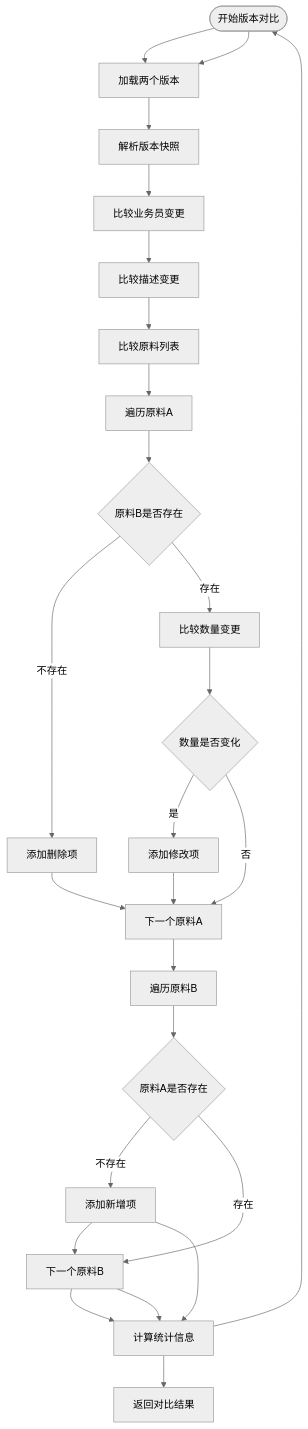
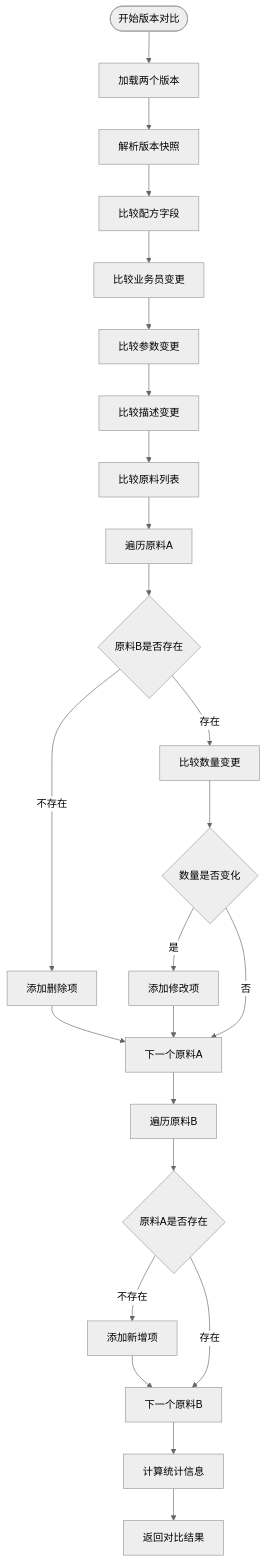
One commit to xpretycn/TingStudio changed the eighth of 18 diagrams in .qoder/repowiki/zh/content/核心功能模块/版本控制系统/版本控制系统.md. Above: the diagram before and after it, drawn with Mermaid (neutral theme). The commit also changed other lines of this file and 56 other files, not shown here.

````diff
--- a/.qoder/repowiki/zh/content/核心功能模块/版本控制系统/版本控制系统.md
+++ b/.qoder/repowiki/zh/content/核心功能模块/版本控制系统/版本控制系统.md
@@ -323,27 +342,26 @@
 ```mermaid
 flowchart TD
 CompareStart([开始版本对比]) --> LoadVersions[加载两个版本]
 LoadVersions --> ParseSnapshots[解析版本快照]
-ParseSnapshots --> CompareSalesman[比较业务员变更]
-CompareSalesman --> CompareDescription[比较描述变更]
+ParseSnapshots --> CompareFormulaFields[比较配方字段]
+CompareFormulaFields --> CompareSalesman[比较业务员变更]
+CompareSalesman --> CompareParameters[比较参数变更]
+CompareParameters --> CompareDescription[比较描述变更]
 CompareDescription --> CompareMaterials[比较原料列表]
 CompareMaterials --> MaterialLoop[遍历原料A]
 MaterialLoop --> CheckMaterialB{原料B是否存在}
 CheckMaterialB --> |不存在| AddDeleted[添加删除项]
 CheckMaterialB --> |存在| CompareQuantity[比较数量变更]
 CompareQuantity --> QuantityChanged{数量是否变化}
 QuantityChanged --> |是| AddModified[添加修改项]
 QuantityChanged --> |否| NextMaterialA[下一个原料A]
 AddDeleted --> NextMaterialA
 AddModified --> NextMaterialA
 NextMaterialA --> MaterialBLoop[遍历原料B]
 MaterialBLoop --> CheckMaterialA{原料A是否存在}
 CheckMaterialA --> |不存在| AddAdded[添加新增项]
 CheckMaterialA --> |存在| NextMaterialB[下一个原料B]
 AddAdded --> NextMaterialB
 NextMaterialB --> CalculateStats[计算统计信息]
-CalculateStats --> CompareStart --> LoadVersions
-AddAdded --> CalculateStats
-NextMaterialB --> CalculateStats
 CalculateStats --> ReturnResult[返回对比结果]
 ```
````
